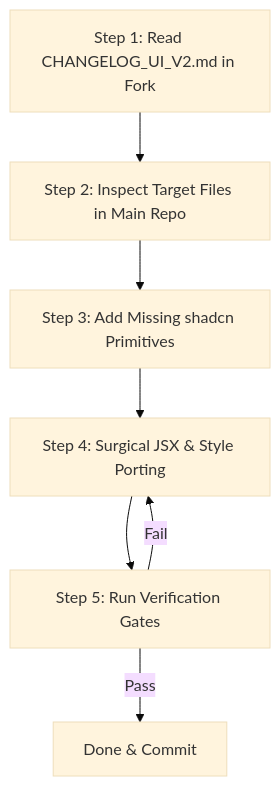
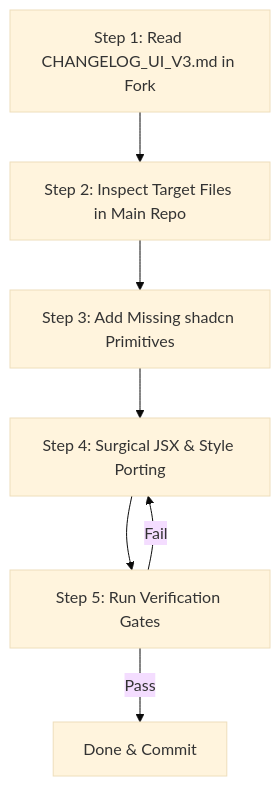
Before and after one commit to zkil27/bayanhealth-frontend: the diagram in UI_HANDOFF.md, drawn with Mermaid (base theme). The commit also changed other lines of this file and 5 other files, not shown here.

````diff
--- a/UI_HANDOFF.md
+++ b/UI_HANDOFF.md
@@ -49,9 +49,9 @@
 ```mermaid
 flowchart TD
-    A[Step 1: Read CHANGELOG_UI_V2.md in Fork] --> B[Step 2: Inspect Target Files in Main Repo]
+    A[Step 1: Read CHANGELOG_UI_V3.md in Fork] --> B[Step 2: Inspect Target Files in Main Repo]
     B --> C[Step 3: Add Missing shadcn Primitives]
     C --> D[Step 4: Surgical JSX & Style Porting]
     D --> E[Step 5: Run Verification Gates]
     E -->|Pass| F[Done & Commit]
     E -->|Fail| D
 ```
````
